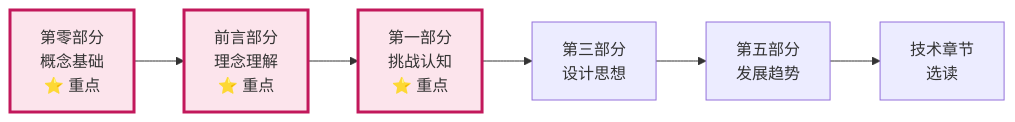
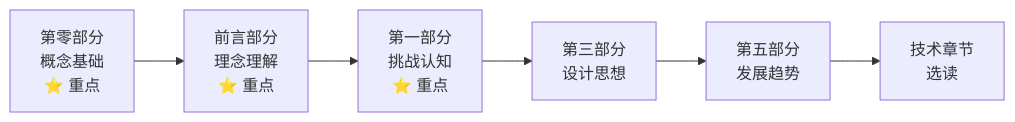
The sixth of 7 diagrams in 前言部分/如何使用本书.md (youyoude/agi-app-dev-guide-book), drawn with Mermaid before and after one commit. The commit also changed other lines of this file and 4 other files, not shown here.

````diff
--- a/前言部分/如何使用本书.md
+++ b/前言部分/如何使用本书.md
@@ -242,11 +221,9 @@
 ```mermaid
 graph LR
     A[第零部分<br/>概念基础<br/>⭐ 重点] --> B[前言部分<br/>理念理解<br/>⭐ 重点]
     B --> C[第一部分<br/>挑战认知<br/>⭐ 重点]
     C --> D[第三部分<br/>设计思想]
     D --> E[第五部分<br/>发展趋势]
     E --> F[技术章节<br/>选读]
     
-    classDef important fill:#fce4ec,stroke:#c2185b,stroke-width:3px
-    class A,B,C important
 ```
````
